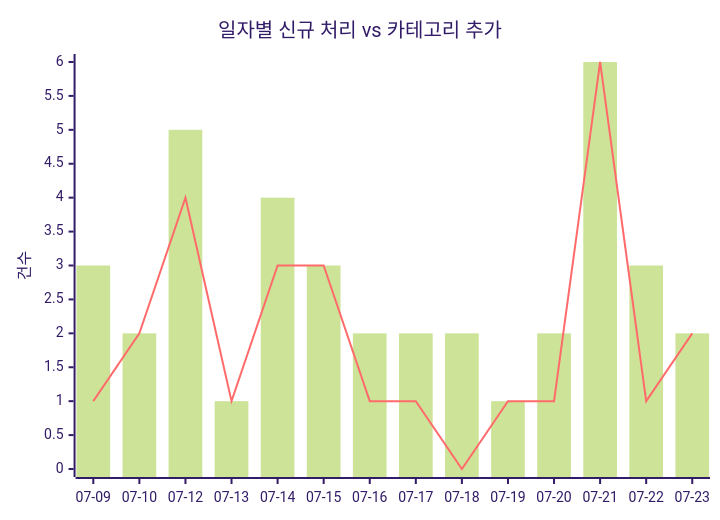
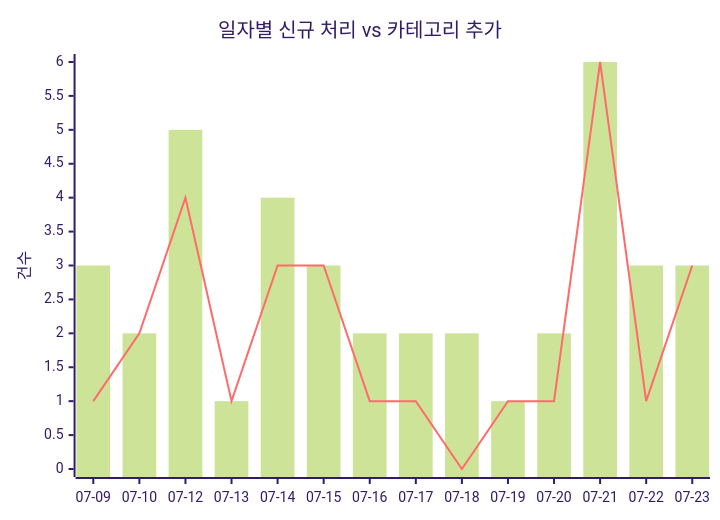
Before and after one commit to J-nowcow/awesome-korean-agent-skills: the first of 2 diagrams in docs/trends.md, drawn with Mermaid (forest theme). The commit also changed other lines of this file and 4 other files, not shown here.

````diff
--- a/docs/trends.md
+++ b/docs/trends.md
@@ -32,8 +32,8 @@
 ```mermaid
 xychart-beta
     title "일자별 신규 처리 vs 카테고리 추가"
     x-axis ["07-09","07-10","07-12","07-13","07-14","07-15","07-16","07-17","07-18","07-19","07-20","07-21","07-22","07-23"]
     y-axis "건수"
-    bar [3,2,5,1,4,3,2,2,2,1,2,6,3,2]
-    line [1,2,4,1,3,3,1,1,0,1,1,6,1,2]
+    bar [3,2,5,1,4,3,2,2,2,1,2,6,3,3]
+    line [1,2,4,1,3,3,1,1,0,1,1,6,1,3]
 ```
````
